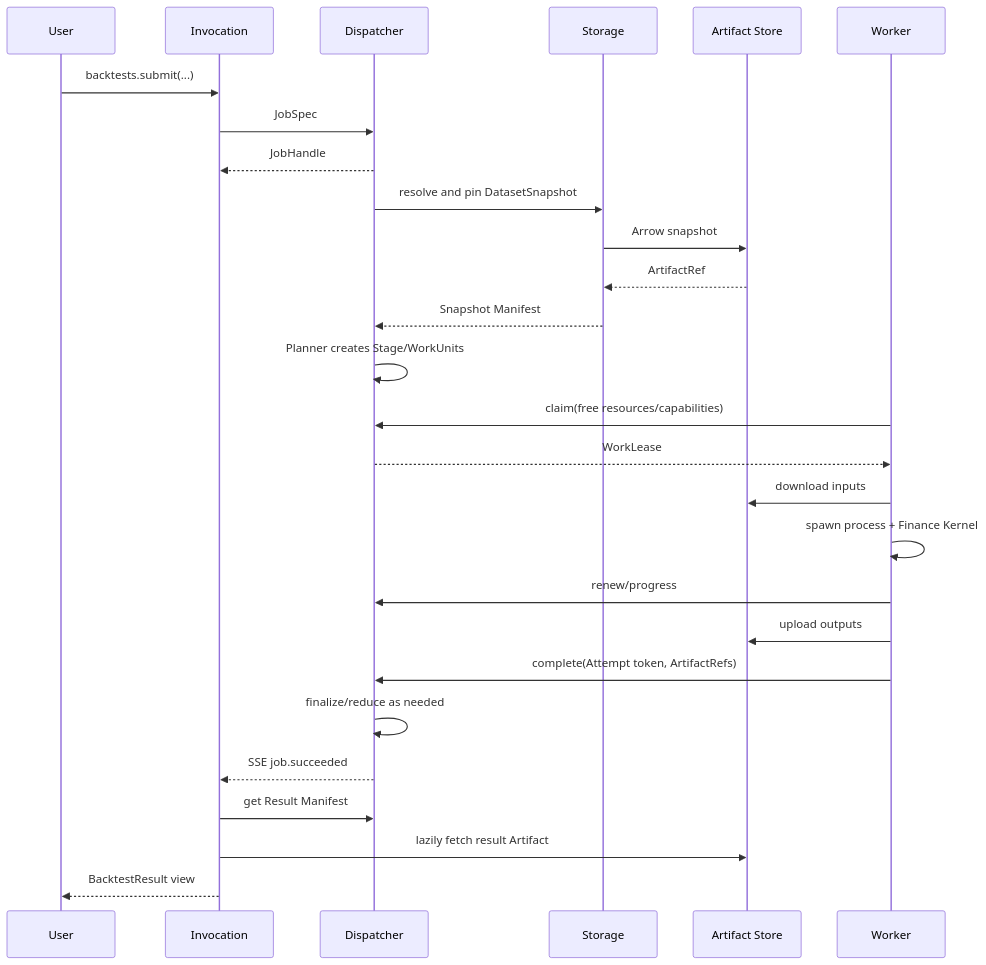
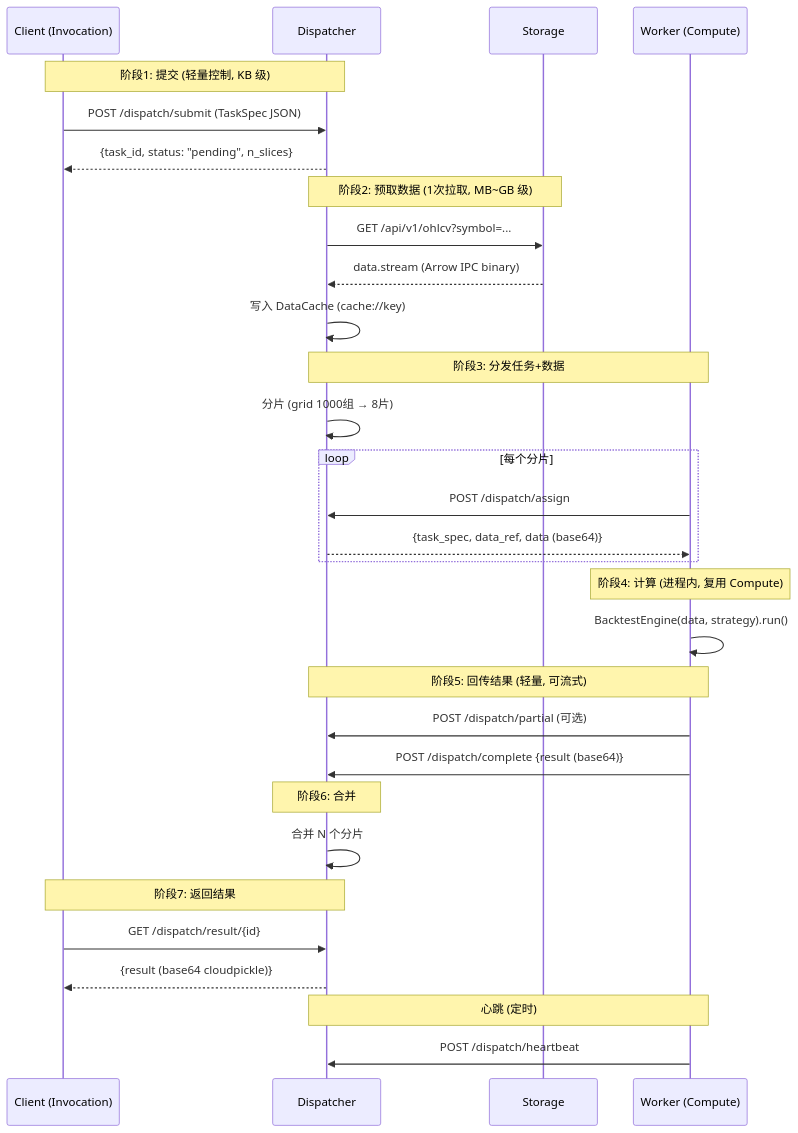
One commit to RESBI/StockStatistic changed the third of 10 diagrams in V31design/designV31/DESIGN_ARCH_V31.md. Above: the diagram before and after it, drawn with Mermaid. The commit also changed other lines of this file and 475 other files, not shown here.

First line of the commit message:
V3.1 design: finalize architecture docs + implementation reports

````diff
--- a/V31design/designV31/DESIGN_ARCH_V31.md
+++ b/V31design/designV31/DESIGN_ARCH_V31.md
@@ -314,31 +247,40 @@
 ```mermaid
 sequenceDiagram
-    participant U as User
-    participant SDK as Invocation
+    participant C as Client (Invocation)
     participant D as Dispatcher
     participant S as Storage
-    participant A as Artifact Store
-    participant W as Worker
+    participant W as Worker (Compute)
 
-    U->>SDK: backtests.submit(...)
-    SDK->>D: JobSpec
-    D-->>SDK: JobHandle
-    D->>S: resolve and pin DatasetSnapshot
-    S->>A: Arrow snapshot
-    A-->>S: ArtifactRef
-    S-->>D: Snapshot Manifest
-    D->>D: Planner creates Stage/WorkUnits
+    Note over C,D: 阶段1: 提交 (轻量控制, KB 级)
+    C->>D: POST /dispatch/submit (TaskSpec JSON)
+    D-->>C: {task_id, status: "pending", n_slices}
 
-    W->>D: claim(free resources/capabilities)
-    D-->>W: WorkLease
-    W->>A: download inputs
-    W->>W: spawn process + Finance Kernel
-    W->>D: renew/progress
-    W->>A: upload outputs
-    W->>D: complete(Attempt token, ArtifactRefs)
-    D->>D: finalize/reduce as needed
-    D-->>SDK: SSE job.succeeded
-    SDK->>D: get Result Manifest
-    SDK->>A: lazily fetch result Artifact
-    SDK-->>U: BacktestResult view
+    Note over D,S: 阶段2: 预取数据 (1次拉取, MB~GB 级)
+    D->>S: GET /api/v1/ohlcv?symbol=...
+    S-->>D: data.stream (Arrow IPC binary)
+    D->>D: 写入 DataCache (cache://key)
+
+    Note over D,W: 阶段3: 分发任务+数据
+    D->>D: 分片 (grid 1000组 → 8片)
+    loop 每个分片
+        W->>D: POST /dispatch/assign
+        D-->>W: {task_spec, data_ref, data (base64)}
+    end
+
+    Note over W: 阶段4: 计算 (进程内, 复用 Compute)
+    W->>W: BacktestEngine(data, strategy).run()
+
+    Note over W,D: 阶段5: 回传结果 (轻量, 可流式)
+    W->>D: POST /dispatch/partial (可选)
+    W->>D: POST /dispatch/complete {result (base64)}
+
+    Note over D: 阶段6: 合并
+    D->>D: 合并 N 个分片
+
+    Note over C,D: 阶段7: 返回结果
+    C->>D: GET /dispatch/result/{id}
+    D-->>C: {result (base64 cloudpickle)}
+
+    Note over W,D: 心跳 (定时)
+    W->>D: POST /dispatch/heartbeat
 ```
````
